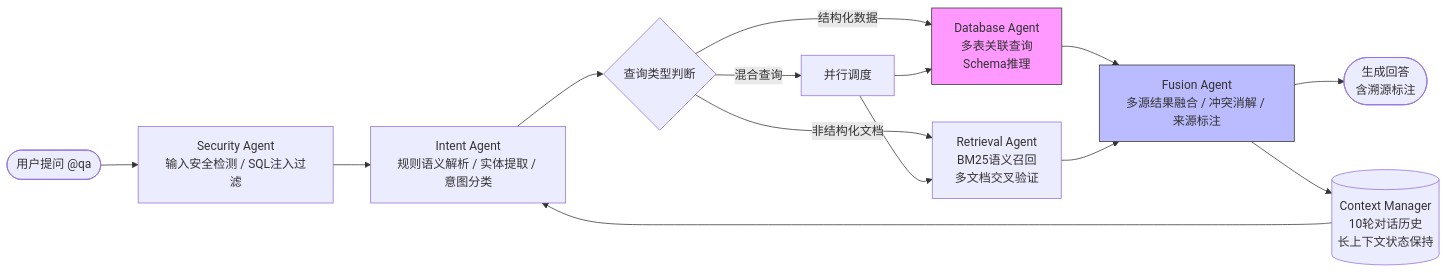
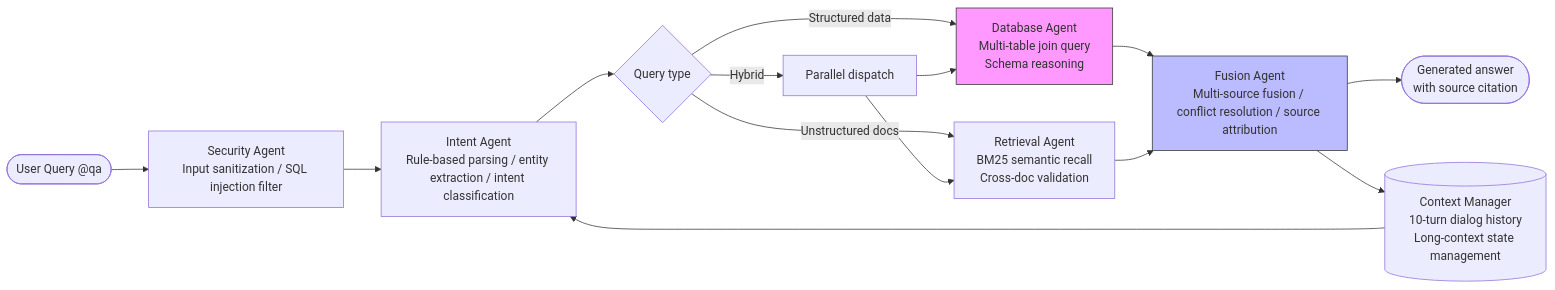
One commit to Zoe2zz/enterprise-qa changed the diagram in README.md. Above: the diagram before and after it, drawn with Mermaid. The commit also changed other lines of this file and 6 other files, not shown here.

Commit message:
i18n: convert project to English (README, SKILL, docs, Agent logs, history format)

````diff
--- a/README.md
+++ b/README.md
@@ -11,18 +11,18 @@
 ```mermaid
 graph LR
-    U([用户提问 @qa]) --> S[Security Agent<br/>输入安全检测 / SQL注入过滤]
-    S --> I[Intent Agent<br/>规则语义解析 / 实体提取 / 意图分类]
-    I --> C{查询类型判断}
-    C -->|结构化数据| D[Database Agent<br/>多表关联查询<br/>Schema推理]
-    C -->|非结构化文档| R[Retrieval Agent<br/>BM25语义召回<br/>多文档交叉验证]
-    C -->|混合查询| M[并行调度]
+    U([User Query @qa]) --> S[Security Agent<br/>Input sanitization / SQL injection filter]
+    S --> I[Intent Agent<br/>Rule-based parsing / entity extraction / intent classification]
+    I --> C{Query type}
+    C -->|Structured data| D[Database Agent<br/>Multi-table join query<br/>Schema reasoning]
+    C -->|Unstructured docs| R[Retrieval Agent<br/>BM25 semantic recall<br/>Cross-doc validation]
+    C -->|Hybrid| M[Parallel dispatch]
     M --> D
     M --> R
-    D --> F[Fusion Agent<br/>多源结果融合 / 冲突消解 / 来源标注]
+    D --> F[Fusion Agent<br/>Multi-source fusion / conflict resolution / source attribution]
     R --> F
-    F --> O([生成回答<br/>含溯源标注])
-    F --> H[(Context Manager<br/>10轮对话历史<br/>长上下文状态保持)]
+    F --> O([Generated answer<br/>with source citation])
+    F --> H[(Context Manager<br/>10-turn dialog history<br/>Long-context state management)]
     H --> I
     style D fill:#f9f,stroke:#333
     style F fill:#bbf,stroke:#333
 ```
````
